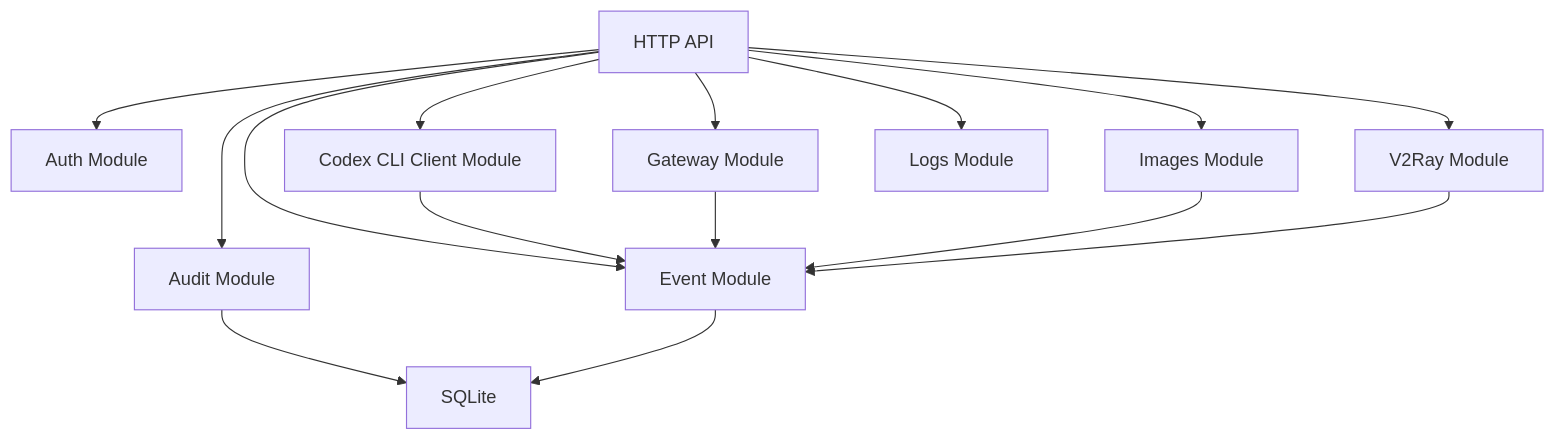
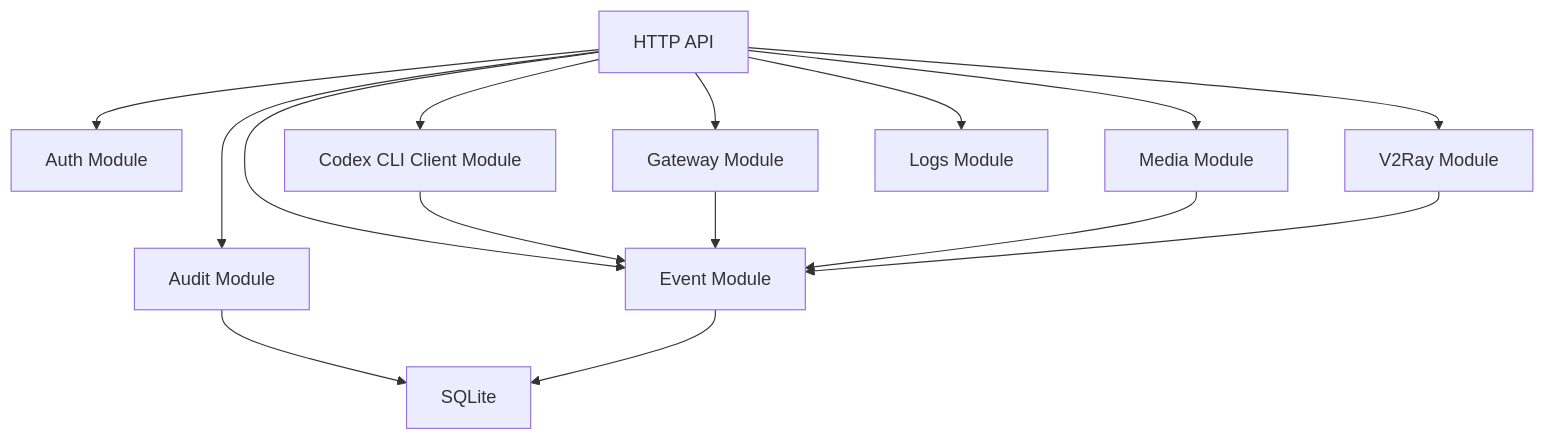
One commit to NageNalock/phantom-lancer changed the second of 2 diagrams in docs/personal-web-terminal-technical-design.md. Above: the diagram before and after it, drawn with Mermaid. The commit also changed other lines of this file and 25 other files, not shown here.

Commit message:
多媒体模块：Agnes 图片/视频生成集成 + 资源库/历史/生成预设 全链路

````diff
--- a/docs/personal-web-terminal-technical-design.md
+++ b/docs/personal-web-terminal-technical-design.md
@@ -107,18 +107,18 @@
 ```mermaid
 flowchart TD
   API["HTTP API"] --> Auth["Auth Module"]
   API --> CodexClient["Codex CLI Client Module"]
   API --> Gateway["Gateway Module"]
-  API --> Images["Images Module"]
+  API --> Media["Media Module"]
   API --> V2Ray["V2Ray Module"]
   API --> Logs["Logs Module"]
   API --> Audit["Audit Module"]
   API --> Event["Event Module"]
 
   CodexClient --> Event
   Gateway --> Event
-  Images --> Event
+  Media --> Event
   V2Ray --> Event
   Audit --> DB["SQLite"]
   Event --> DB
 ```
````
